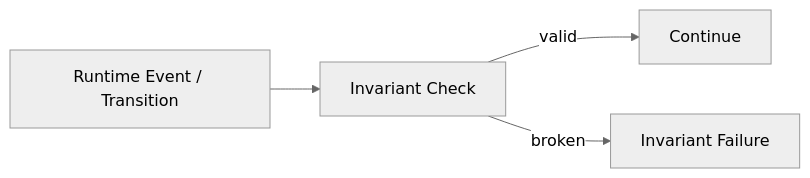
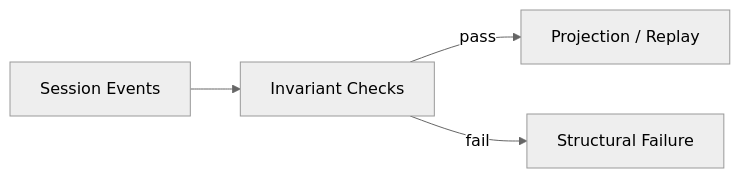
The first of 2 diagrams in docs/deepseek/production-and-testing.md (indigofeather/harness-book), drawn with Mermaid (neutral theme) before and after one commit. The commit also changed other lines of this file and 48 other files, not shown here.

````diff
--- a/docs/deepseek/production-and-testing.md
+++ b/docs/deepseek/production-and-testing.md
@@ -105,6 +32,6 @@
 ```mermaid
 flowchart LR
-  R[Runtime Event / Transition] --> I[Invariant Check]
-  I -->|valid| N[Continue]
-  I -->|broken| F[Invariant Failure]
+  E[Session Events] --> I[Invariant Checks]
+  I -->|pass| P[Projection / Replay]
+  I -->|fail| F[Structural Failure]
 ```
````
